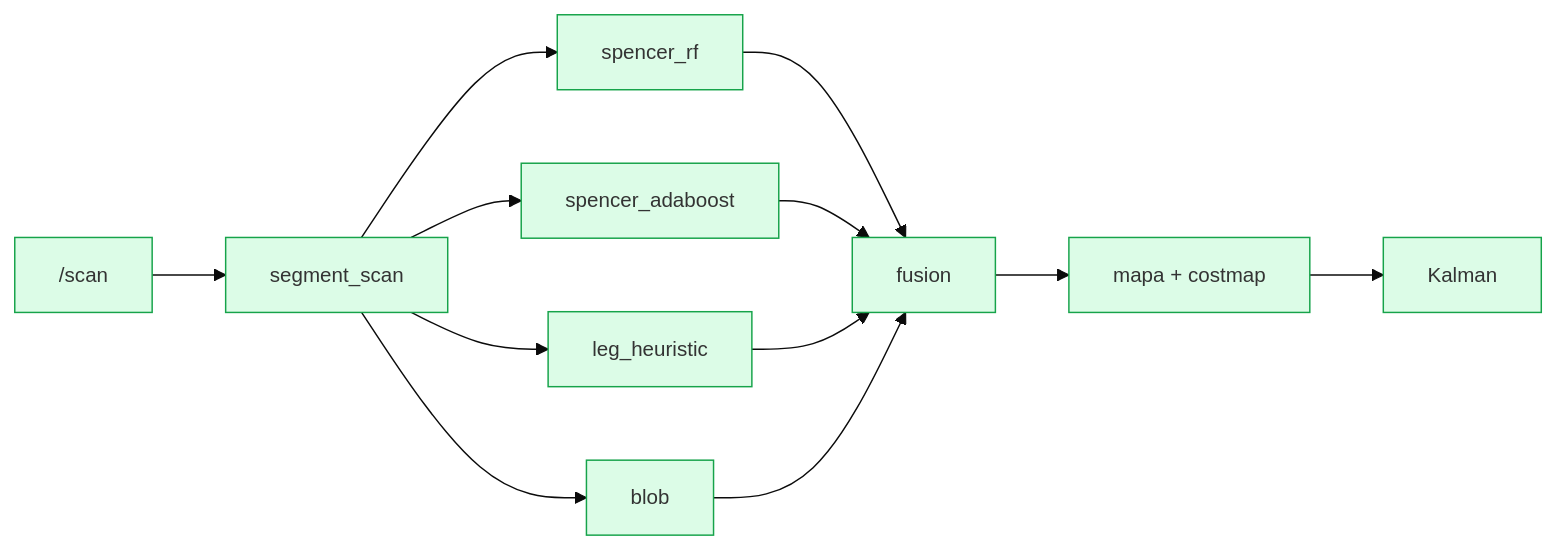
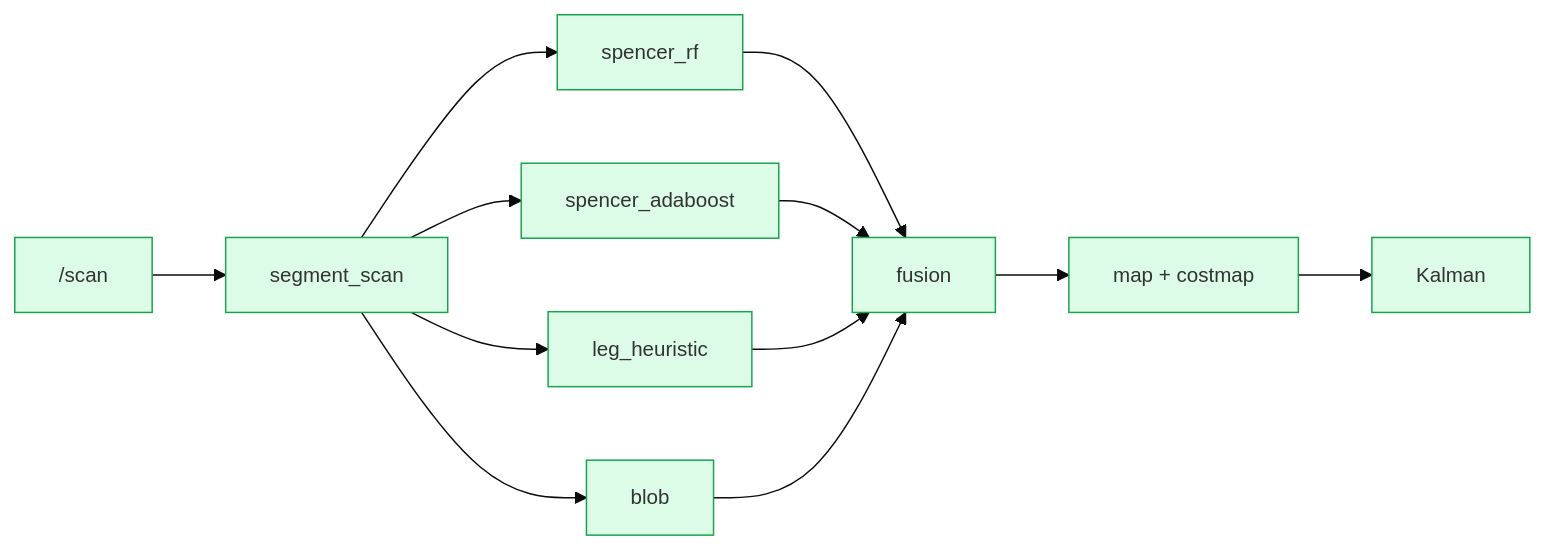
Before and after one commit to EjbejaranosAI/DTF-Track: the diagram in docs/diagrams/lidar_detectors_flow.mmd, drawn with Mermaid. The commit also changed 27 other files, not shown here.

```diff
--- a/docs/diagrams/lidar_detectors_flow.mmd
+++ b/docs/diagrams/lidar_detectors_flow.mmd
@@ -1,17 +1,17 @@
 %%{init: {'theme': 'base', 'themeVariables': {
   'primaryColor': '#dcfce7',
   'primaryBorderColor': '#16a34a',
   'fontSize': '14px'
 }}}%%
 flowchart LR
   SCN["/scan"] --> SEG["segment_scan"]
   SEG --> RF["spencer_rf"]
   SEG --> ADA["spencer_adaboost"]
   SEG --> HEU["leg_heuristic"]
   SEG --> BLB["blob"]
   RF --> FUS["fusion"]
   ADA --> FUS
   HEU --> FUS
   BLB --> FUS
-  FUS --> FLT["mapa + costmap"]
+  FUS --> FLT["map + costmap"]
   FLT --> TRK["Kalman"]
```
